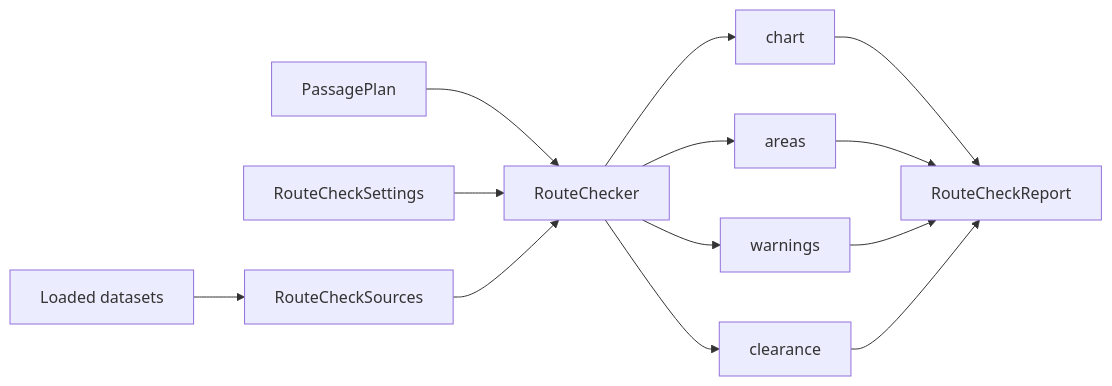
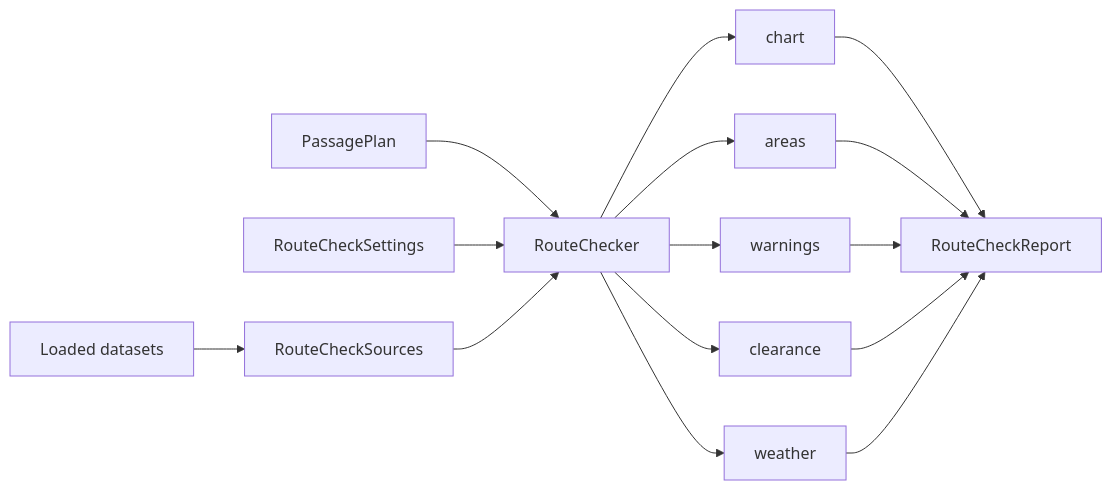
Before and after one commit to philliphoff/EncDotNet.S100: the diagram in docs/how-a-route-check-works.md, drawn with Mermaid. The commit also changed other lines of this file and 16 other files, not shown here.

Commit message:
Weather finding tag, summary-row tooltip over MCP, and docs for the weather check (#1093)

````diff
--- a/docs/how-a-route-check-works.md
+++ b/docs/how-a-route-check-works.md
@@ -16,12 +16,13 @@
 ```mermaid
 flowchart LR
   D[Loaded datasets] --> S[RouteCheckSources]
   P[PassagePlan] --> C[RouteChecker]
   T[RouteCheckSettings] --> C
   S --> C
   C --> K1[chart]
   C --> K2[areas]
   C --> K3[warnings]
   C --> K4[clearance]
-  K1 & K2 & K3 & K4 --> R[RouteCheckReport]
+  C --> K5[weather]
+  K1 & K2 & K3 & K4 & K5 --> R[RouteCheckReport]
 ```
````
